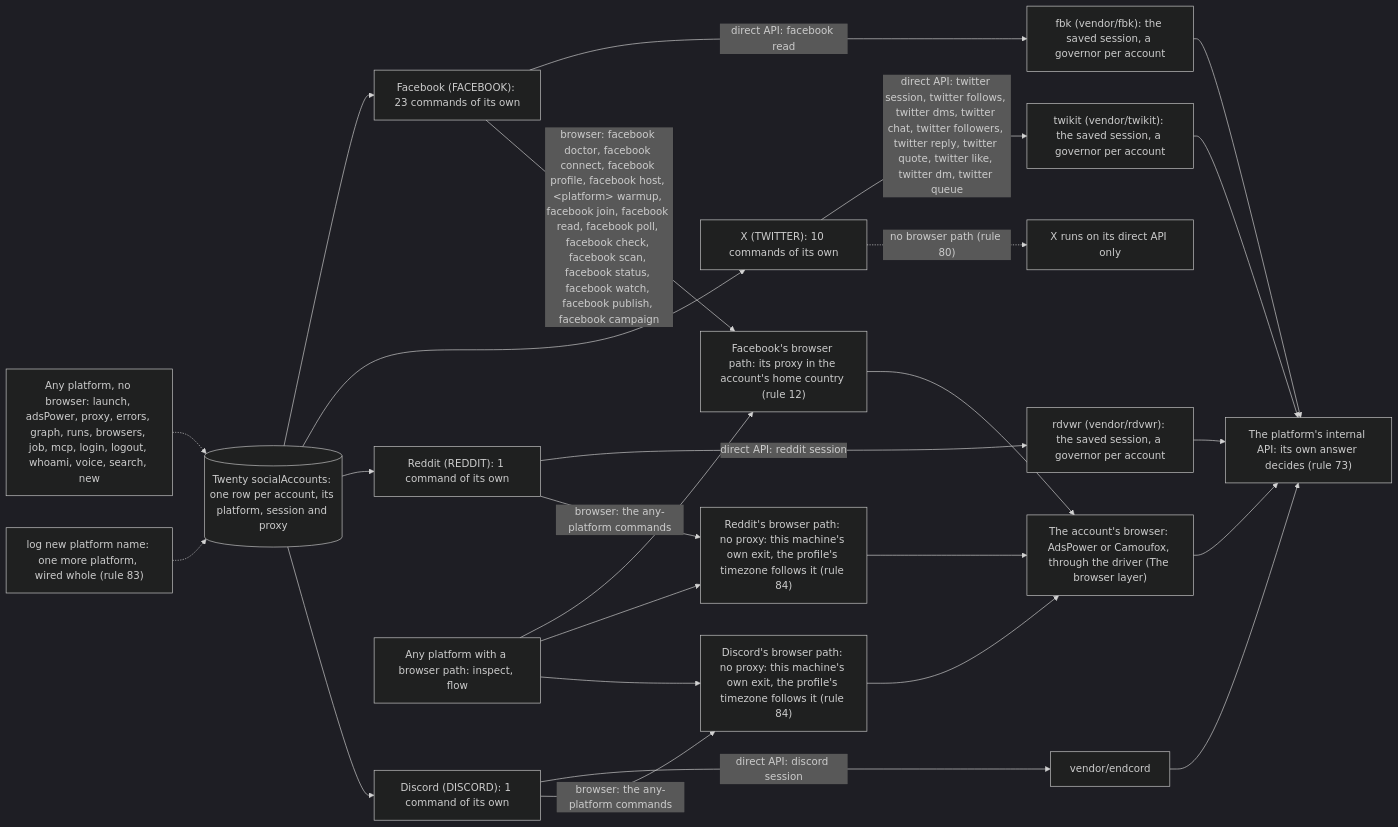
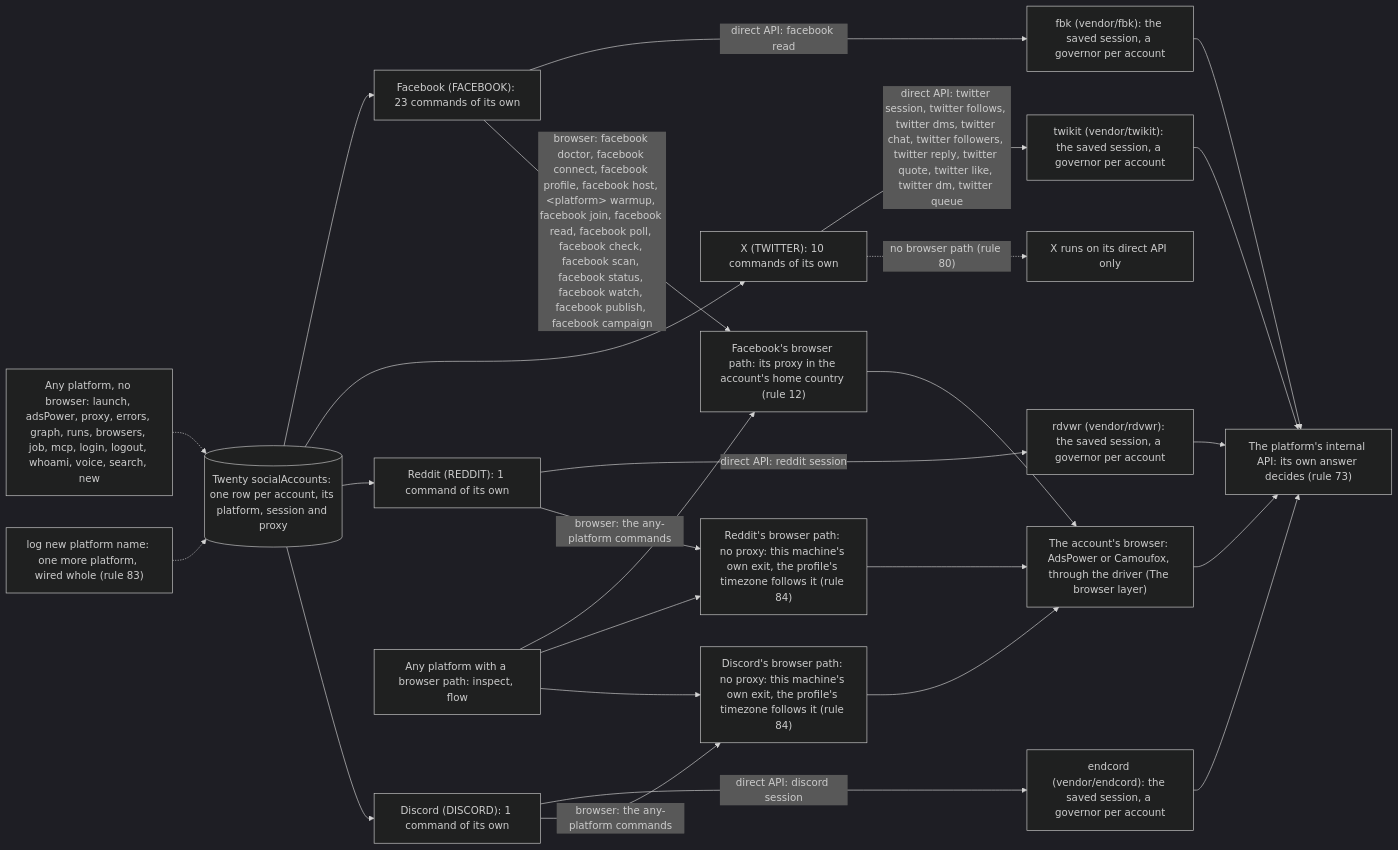
One commit to matthewdonsemail-lab/log changed the diagram in docs/diagrams/platforms.mmd. Above: the diagram before and after it, drawn with Mermaid (dark theme). The commit also changed 4 other files, not shown here.

Commit message:
fix(discord): the route names its library endcord, not vendor/endcord

```diff
--- a/docs/diagrams/platforms.mmd
+++ b/docs/diagrams/platforms.mmd
@@ -1,37 +1,37 @@
 %% The platforms. log-cli is platform-agnostic: each platform is a row in `PLATFORMS` and `PLATFORM_SITES` (`src/cli/runner/helpers/platforms.ts`), with its direct-API client from `DIRECT_ROUTES` (`src/directApi/engine`) and its browser path, with or without a proxy. A new one is made by `log new platform <name>` (rule 83).
 %% Written by `bun run docs:build` from the code (rule 56). Not edited by hand.
 flowchart LR
   twenty[("Twenty socialAccounts: one row per account, its platform, session and proxy")]
   api["The platform's internal API: its own answer decides (rule 73)"]
   drivers["The account's browser: AdsPower or Camoufox, through the driver (The browser layer)"]
   p_facebook["Facebook (FACEBOOK): 23 commands of its own"]
   twenty --> p_facebook
   p_facebook -->|"direct API: facebook read"| e_fbk["fbk (vendor/fbk): the saved session, a governor per account"]
   e_fbk --> api
   p_facebook -->|"browser: facebook doctor, facebook connect, facebook profile, facebook host, #lt;platform#gt; warmup, facebook join, facebook read, facebook poll, facebook check, facebook scan, facebook status, facebook watch, facebook publish, facebook campaign"| b_facebook["Facebook's browser path: its proxy in the account's home country (rule 12)"]
   b_facebook --> drivers
   p_twitter["X (TWITTER): 10 commands of its own"]
   twenty --> p_twitter
   p_twitter -->|"direct API: twitter session, twitter follows, twitter dms, twitter chat, twitter followers, twitter reply, twitter quote, twitter like, twitter dm, twitter queue"| e_twikit["twikit (vendor/twikit): the saved session, a governor per account"]
   e_twikit --> api
   p_twitter -.->|"no browser path (rule 80)"| nob_twitter["X runs on its direct API only"]
   p_reddit["Reddit (REDDIT): 1 command of its own"]
   twenty --> p_reddit
   p_reddit -->|"direct API: reddit session"| e_rdvwr["rdvwr (vendor/rdvwr): the saved session, a governor per account"]
   e_rdvwr --> api
   p_reddit -->|"browser: the any-platform commands"| b_reddit["Reddit's browser path: no proxy: this machine's own exit, the profile's timezone follows it (rule 84)"]
   b_reddit --> drivers
   p_discord["Discord (DISCORD): 1 command of its own"]
   twenty --> p_discord
-  p_discord -->|"direct API: discord session"| e_vendor_endcord["vendor/endcord"]
-  e_vendor_endcord --> api
+  p_discord -->|"direct API: discord session"| e_endcord["endcord (vendor/endcord): the saved session, a governor per account"]
+  e_endcord --> api
   p_discord -->|"browser: the any-platform commands"| b_discord["Discord's browser path: no proxy: this machine's own exit, the profile's timezone follows it (rule 84)"]
   b_discord --> drivers
   anyB["Any platform with a browser path: inspect, flow"]
   anyB --> b_facebook
   anyB --> b_reddit
   anyB --> b_discord
   anyN["Any platform, no browser: launch, adsPower, proxy, errors, graph, runs, browsers, job, mcp, login, logout, whoami, voice, search, new"]
   anyN -.-> twenty
   newP["log new platform name: one more platform, wired whole (rule 83)"] -.-> twenty
   drivers --> api
```
